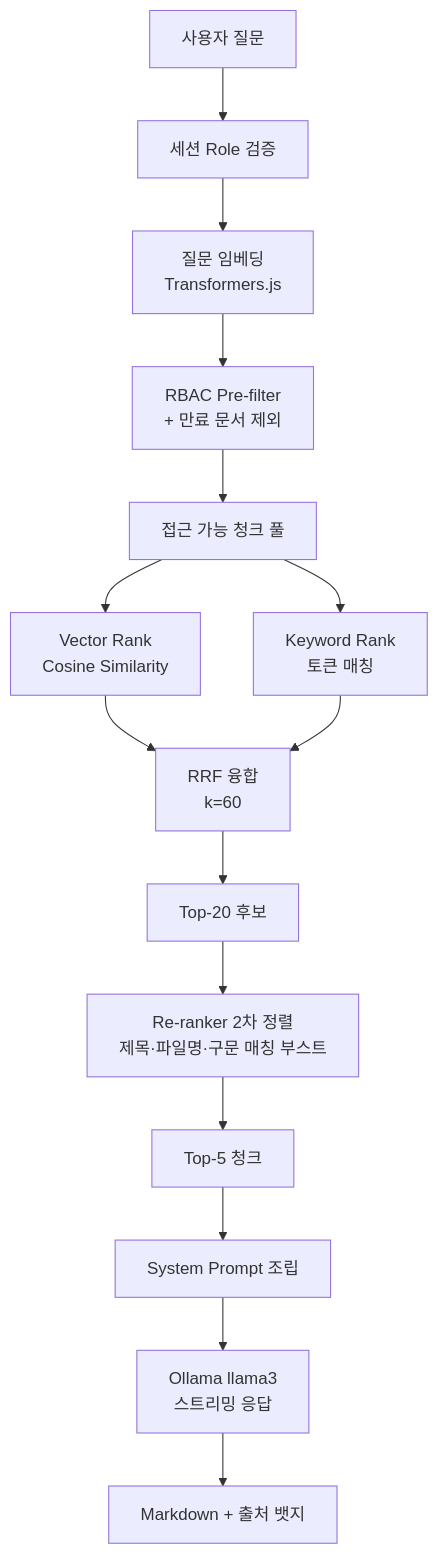
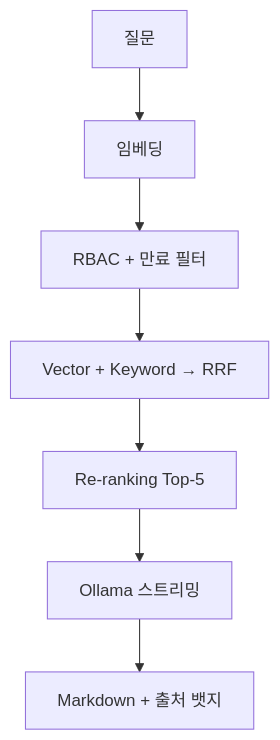
One commit to dayainow/corp-brain changed the second of 2 diagrams in README.md. Above: the diagram before and after it, drawn with Mermaid. The commit also changed other lines of this file, not shown here.

First line of the commit message:
docs: README 다이어그램 축소 및 설명 중심으로 재구성

````diff
--- a/README.md
+++ b/README.md
@@ -155,19 +74,9 @@
 ```mermaid
 flowchart TD
-    Q["사용자 질문"] --> Auth["세션 Role 검증"]
-    Auth --> Embed["질문 임베딩<br/>Transformers.js"]
-    Embed --> RBAC["RBAC Pre-filter<br/>+ 만료 문서 제외"]
-    RBAC --> Pool["접근 가능 청크 풀"]
-
-    Pool --> Vec["Vector Rank<br/>Cosine Similarity"]
-    Pool --> Kw["Keyword Rank<br/>토큰 매칭"]
-    Vec --> RRF["RRF 융합<br/>k=60"]
-    Kw --> RRF
-
-    RRF --> Top20["Top-20 후보"]
-    Top20 --> Rerank["Re-ranker 2차 정렬<br/>제목·파일명·구문 매칭 부스트"]
-    Rerank --> Top5["Top-5 청크"]
-    Top5 --> Prompt["System Prompt 조립"]
-    Prompt --> Ollama["Ollama llama3<br/>스트리밍 응답"]
-    Ollama --> UI["Markdown + 출처 뱃지"]
+    Q["질문"] --> Embed["임베딩"]
+    Embed --> Filter["RBAC + 만료 필터"]
+    Filter --> RRF["Vector + Keyword → RRF"]
+    RRF --> Rerank["Re-ranking Top-5"]
+    Rerank --> LLM["Ollama 스트리밍"]
+    LLM --> UI["Markdown + 출처 뱃지"]
 ```
````
